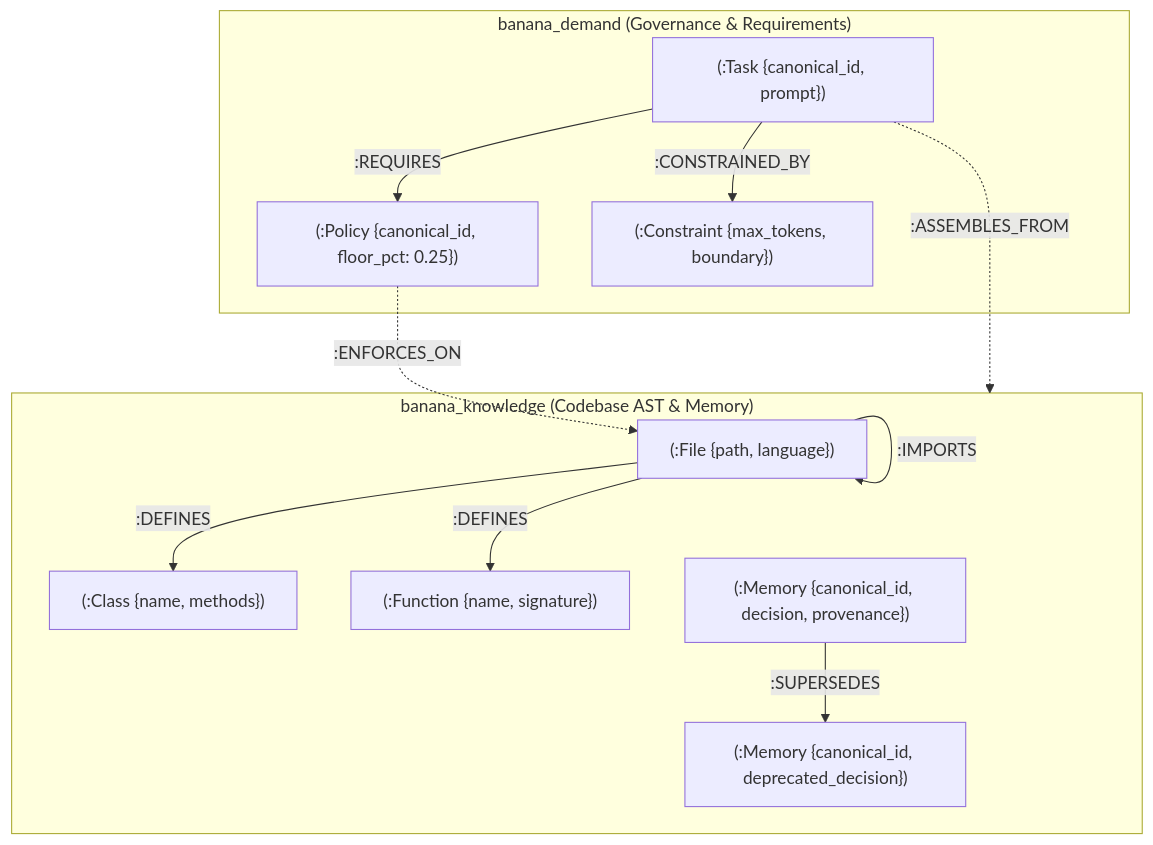
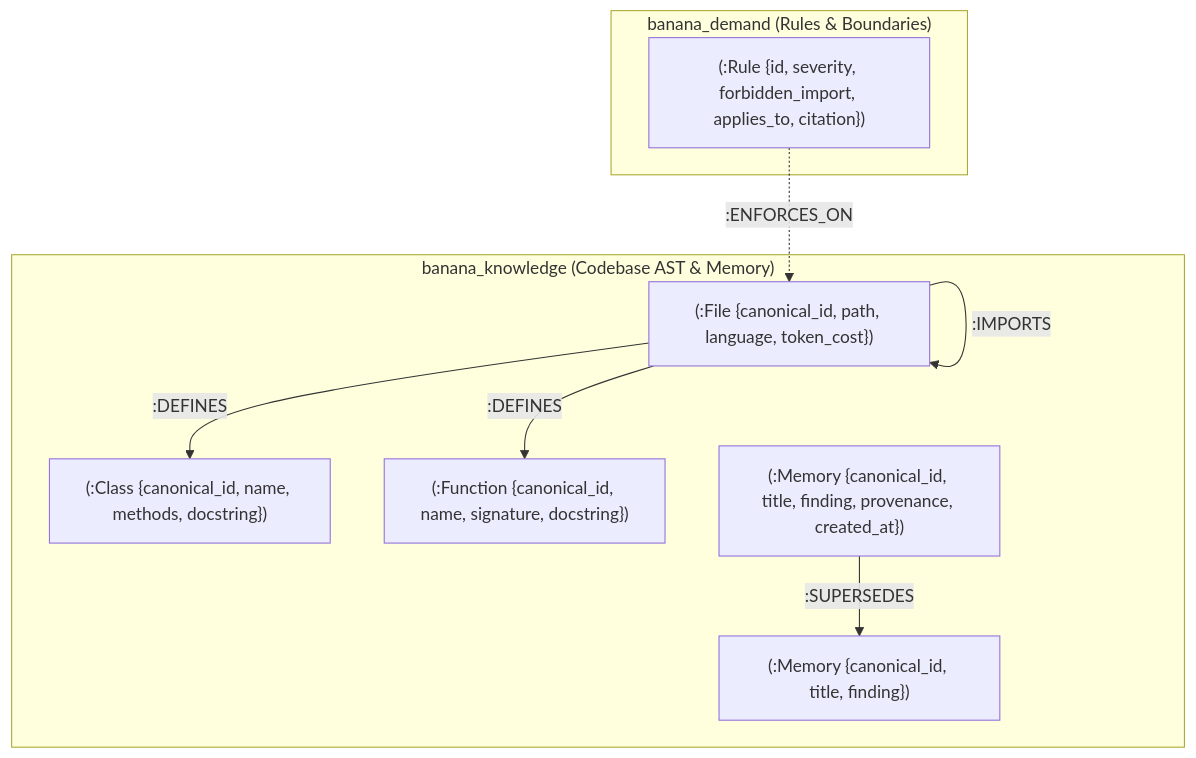
Before and after one commit to Viswesh934/Banana: the second of 2 diagrams in README.md, drawn with Mermaid. The commit also changed other lines of this file and 2 other files, not shown here.

Commit message:
docs: map graph model and Cypher queries in README, show FalkorDB traversal steps in banana chat

````diff
--- a/README.md
+++ b/README.md
@@ -98,27 +95,21 @@
 ```mermaid
 graph TD
-    subgraph DemandGraph ["banana_demand (Governance & Requirements)"]
-        Task["(:Task {canonical_id, prompt})"]
-        Policy["(:Policy {canonical_id, floor_pct: 0.25})"]
-        Constraint["(:Constraint {max_tokens, boundary})"]
-        
-        Task -->|:REQUIRES| Policy
-        Task -->|:CONSTRAINED_BY| Constraint
+    subgraph InvariantGraph ["banana_demand (Rules & Boundaries)"]
+        Rule["(:Rule {id, severity, forbidden_import, applies_to, citation})"]
     end
 
-    subgraph KnowledgeGraph ["banana_knowledge (Codebase AST & Memory)"]
-        File["(:File {path, language})"]
-        Class["(:Class {name, methods})"]
-        Func["(:Function {name, signature})"]
-        Mem["(:Memory {canonical_id, decision, provenance})"]
-        OldMem["(:Memory {canonical_id, deprecated_decision})"]
+    subgraph CodebaseGraph ["banana_knowledge (Codebase AST & Memory)"]
+        File["(:File {canonical_id, path, language, token_cost})"]
+        Class["(:Class {canonical_id, name, methods, docstring})"]
+        Func["(:Function {canonical_id, name, signature, docstring})"]
+        Mem["(:Memory {canonical_id, title, finding, provenance, created_at})"]
+        OldMem["(:Memory {canonical_id, title, finding})"]
         
         File -->|:DEFINES| Class
         File -->|:DEFINES| Func
         File -->|:IMPORTS| File
         Mem -->|:SUPERSEDES| OldMem
     end
 
-    Policy -.->|:ENFORCES_ON| File
-    Task -.->|:ASSEMBLES_FROM| KnowledgeGraph
+    Rule -.->|:ENFORCES_ON| File
 ```
````
